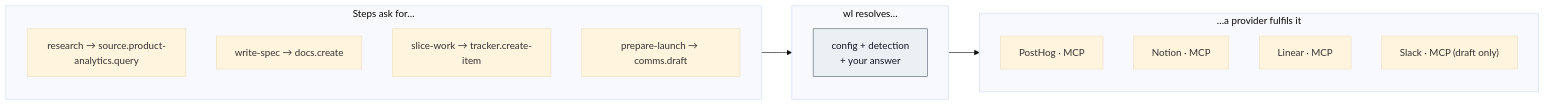
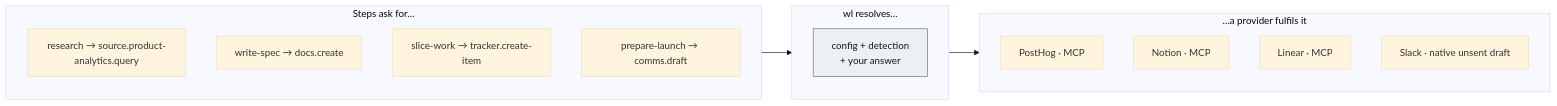
The first of 2 diagrams in docs/configuration/providers.md (dreamingechoes/wholeloop), drawn with Mermaid (base theme) before and after one commit. The commit also changed other lines of this file and 57 other files, not shown here.

````diff
--- a/docs/configuration/providers.md
+++ b/docs/configuration/providers.md
@@ -12,23 +12,23 @@
 ```mermaid
 flowchart LR
   subgraph S["Steps ask for…"]
     direction TB
     s1["research → source.product-analytics.query"]
     s2["write-spec → docs.create"]
     s3["slice-work → tracker.create-item"]
     s4["prepare-launch → comms.draft"]
   end
   subgraph R["wl resolves…"]
     direction TB
     r1["config + detection<br/>+ your answer"]:::core
   end
   subgraph P["…a provider fulfils it"]
     direction TB
     p1["PostHog · MCP"]
     p2["Notion · MCP"]
     p3["Linear · MCP"]
-    p4["Slack · MCP (draft only)"]
+    p4["Slack · native unsent draft"]
   end
   S --> R --> P
   classDef core fill:#eceff3,stroke:#5b6573,color:#111827;
 ```
````
